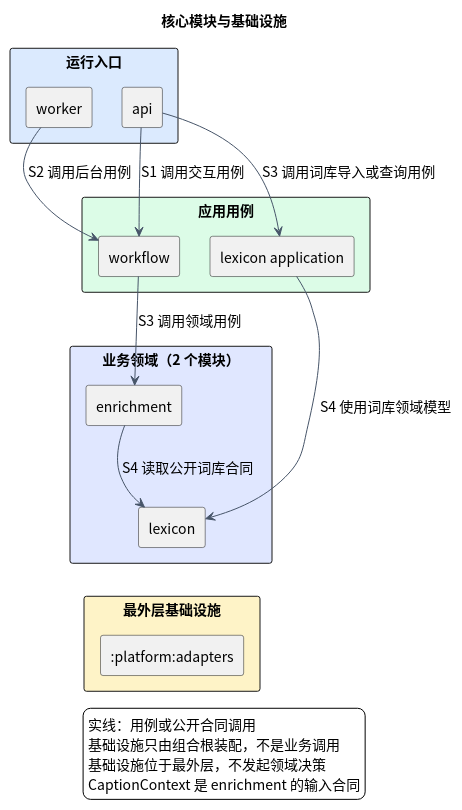
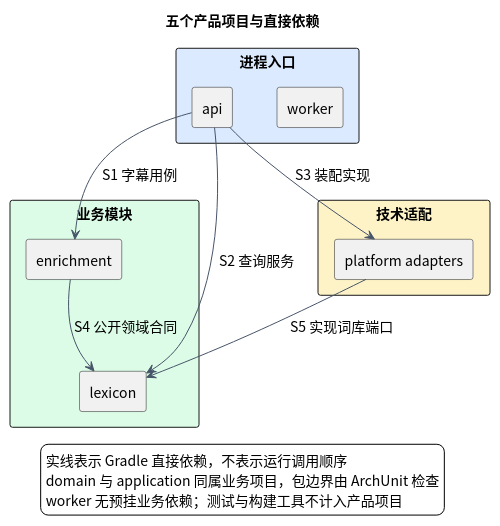
The diagram in docs/architecture/boundaries.md (iampkuhz/lexiflow), drawn with PlantUML before and after one commit. The commit also changed other lines of this file and 147 other files, not shown here.

````diff
--- a/docs/architecture/boundaries.md
+++ b/docs/architecture/boundaries.md
@@ -22,47 +22,38 @@
 ```plantuml
 @startuml
 skinparam backgroundColor #FFFFFF
 skinparam shadowing false
 skinparam defaultFontName "Noto Sans CJK SC"
 skinparam defaultFontSize 14
 skinparam componentStyle rectangle
 skinparam packageStyle rectangle
-skinparam nodesep 30
-skinparam ranksep 60
+skinparam nodesep 45
+skinparam ranksep 70
 skinparam ArrowColor #475569
-title 核心模块与基础设施
+title 五个产品项目与直接依赖
 top to bottom direction
-package "运行入口" #DBEAFE {
+package "进程入口" #DBEAFE {
   component "api" as api
   component "worker" as worker
 }
-package "应用用例" #DCFCE7 {
-  component "workflow" as workflow
-  component "lexicon application" as lexicon_application
+package "业务模块" #DCFCE7 {
+  component "enrichment" as enrichment
+  component "lexicon" as lexicon
 }
-package "业务领域（2 个模块）" #E0E7FF {
-  component "lexicon" as lexicon
-  component "enrichment" as enrichment
-}
-package "最外层基础设施" #FEF3C7 {
-  component ":platform:adapters" as infrastructure
+package "技术适配" #FEF3C7 {
+  component "platform adapters" as adapters
 }
 api -[hidden]right- worker
-workflow -[hidden]down- enrichment
-lexicon_application -[hidden]down- lexicon
-enrichment -[hidden]down- lexicon
-lexicon -[hidden]down- infrastructure
-api --> workflow : S1 调用交互用例
-worker --> workflow : S2 调用后台用例
-api --> lexicon_application : S3 调用词库导入或查询用例
-lexicon_application --> lexicon : S4 使用词库领域模型
-workflow --> enrichment : S3 调用领域用例
-enrichment --> lexicon : S4 读取公开词库合同
+enrichment -[hidden]right- lexicon
+api --> enrichment : S1 字幕用例
+api --> lexicon : S2 查询服务
+api --> adapters : S3 装配实现
+enrichment --> lexicon : S4 公开领域合同
+adapters --> lexicon : S5 实现词库端口
 legend bottom
-  实线：用例或公开合同调用
-  基础设施只由组合根装配，不是业务调用
-  基础设施位于最外层，不发起领域决策
-  CaptionContext 是 enrichment 的输入合同
+  实线表示 Gradle 直接依赖，不表示运行调用顺序
+  domain 与 application 同属业务项目，包边界由 ArchUnit 检查
+  worker 无预挂业务依赖；测试与构建工具不计入产品项目
 endlegend
 @enduml
 ```
````
